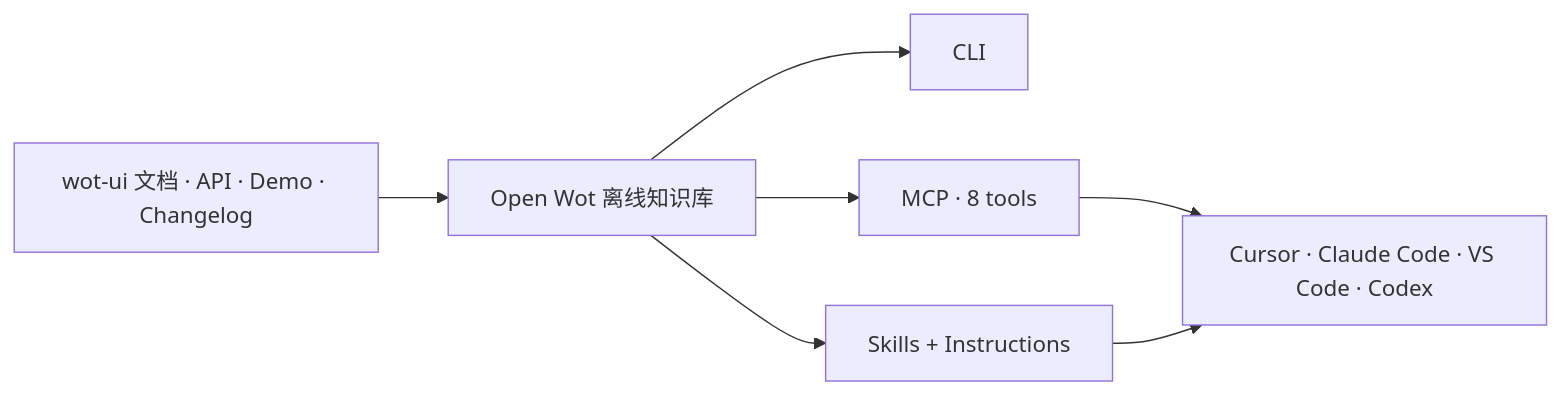
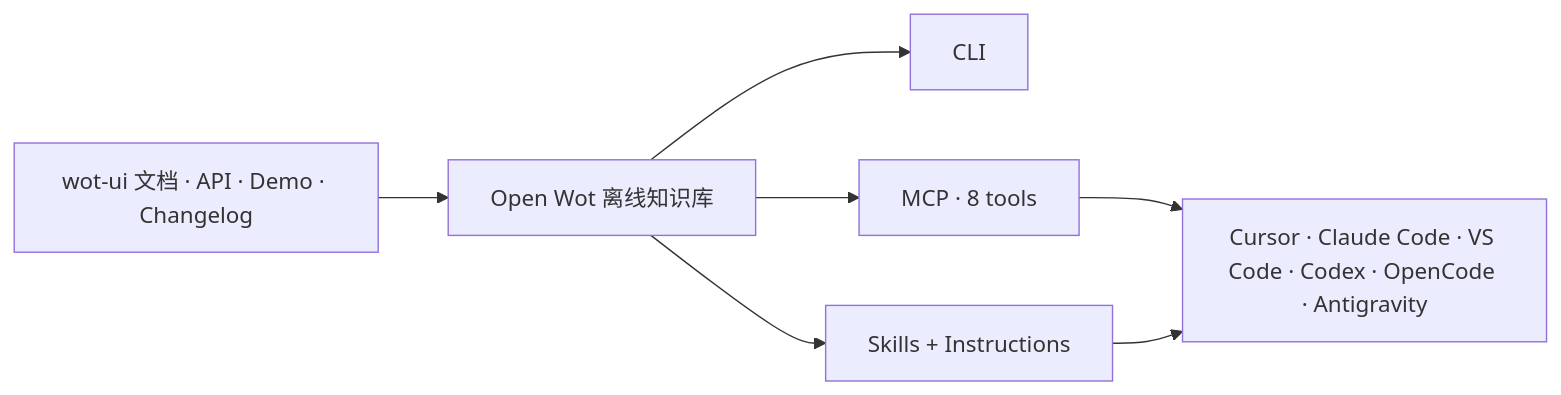
Before and after one commit to wot-ui/open-wot: the diagram in README.md, drawn with Mermaid. The commit also changed other lines of this file and 22 other files, not shown here.

First line of the commit message:
feat: support OpenCode and Antigravity clients (#13)

````diff
--- a/README.md
+++ b/README.md
@@ -79,9 +79,9 @@
 ```mermaid
 flowchart LR
   A["wot-ui 文档 · API · Demo · Changelog"] --> B["Open Wot 离线知识库"]
   B --> C["CLI"]
   B --> D["MCP · 8 tools"]
   B --> E["Skills + Instructions"]
-  D --> F["Cursor · Claude Code · VS Code · Codex"]
+  D --> F["Cursor · Claude Code · VS Code · Codex · OpenCode · Antigravity"]
   E --> F
 ```
````
